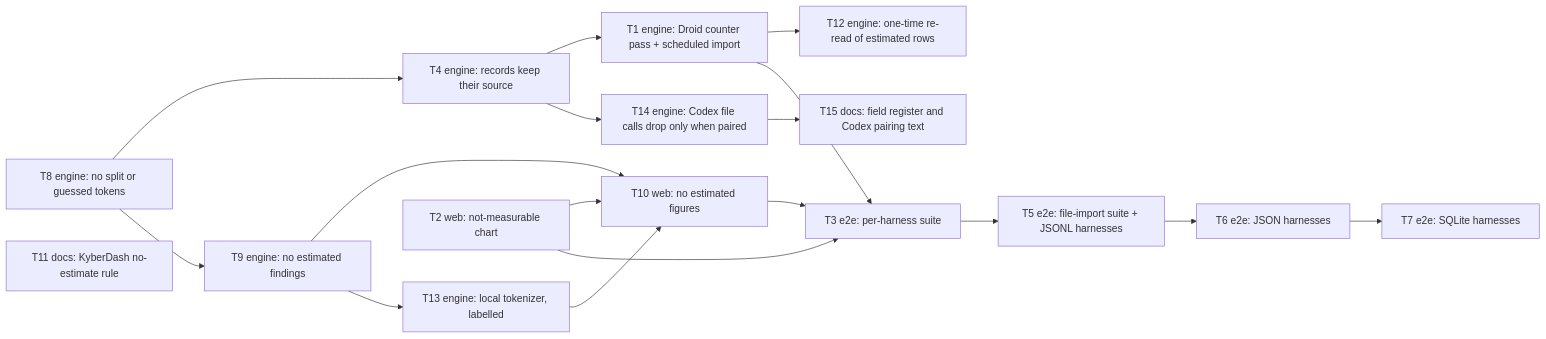
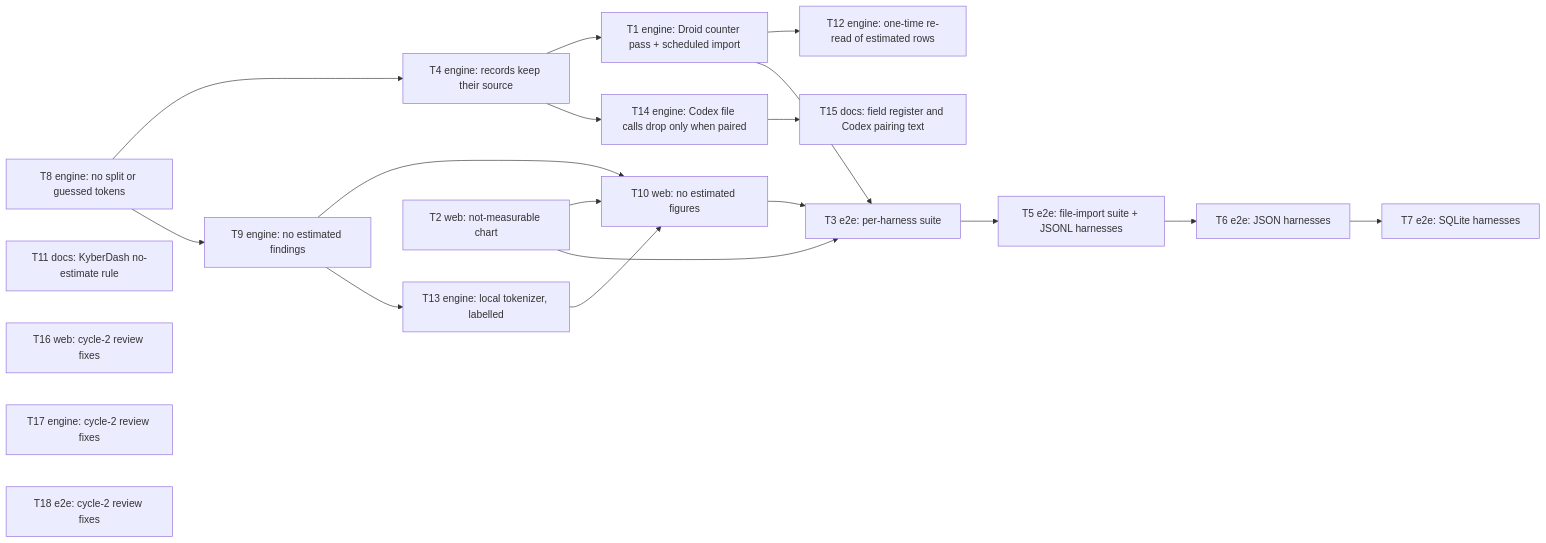
One commit to dpalfery/kyber-weave changed the diagram in docs/plans/2026-11-24-droid-tokens-and-per-harness-e2e.md. Above: the diagram before and after it, drawn with Mermaid. The commit also changed other lines of this file and 1 other file, not shown here.

````diff
--- a/docs/plans/2026-11-24-droid-tokens-and-per-harness-e2e.md
+++ b/docs/plans/2026-11-24-droid-tokens-and-per-harness-e2e.md
@@ -546,20 +615,23 @@
 ```mermaid
 flowchart LR
     T8["T8 engine: no split or guessed tokens"] --> T4["T4 engine: records keep their source"]
     T4 --> T1["T1 engine: Droid counter pass + scheduled import"]
     T1 --> T12["T12 engine: one-time re-read of estimated rows"]
     T8 --> T9["T9 engine: no estimated findings"]
     T9 --> T10["T10 web: no estimated figures"]
     T9 --> T13["T13 engine: local tokenizer, labelled"]
     T13 --> T10
     T2["T2 web: not-measurable chart"] --> T10
     T1 --> T3["T3 e2e: per-harness suite"]
     T2 --> T3
     T10 --> T3
     T11["T11 docs: KyberDash no-estimate rule"]
     T3 --> T5["T5 e2e: file-import suite + JSONL harnesses"]
     T5 --> T6["T6 e2e: JSON harnesses"]
     T6 --> T7["T7 e2e: SQLite harnesses"]
     T4 --> T14["T14 engine: Codex file calls drop only when paired"]
     T14 --> T15["T15 docs: field register and Codex pairing text"]
+    T16["T16 web: cycle-2 review fixes"]
+    T17["T17 engine: cycle-2 review fixes"]
+    T18["T18 e2e: cycle-2 review fixes"]
 ```
````
